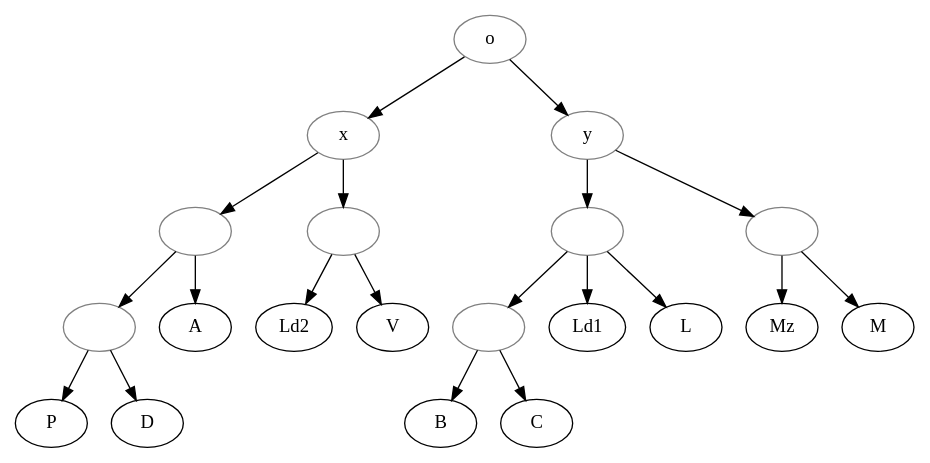
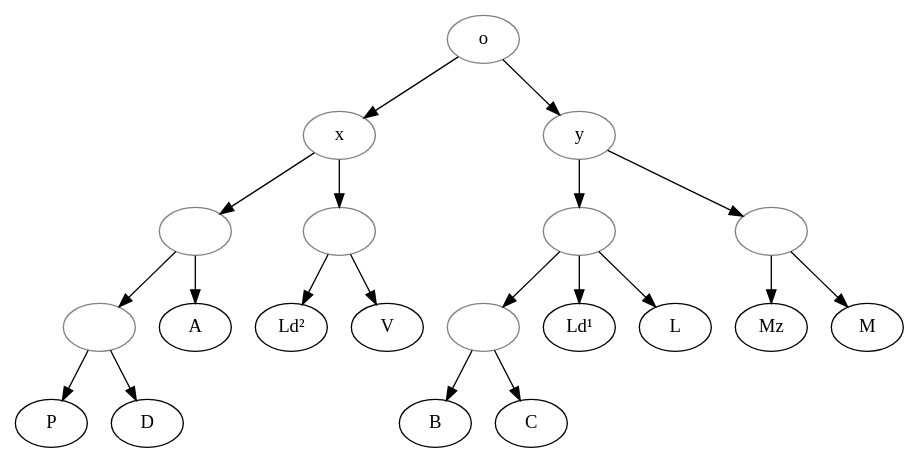
Before and after one commit to OpenStemmata/database: the diagram in data/fro/Korte_1914_RenMont1/stemma.gv, drawn with Graphviz. The commit also changed 11 other files, not shown here.

```diff
--- a/data/fro/Korte_1914_RenMont1/stemma.gv
+++ b/data/fro/Korte_1914_RenMont1/stemma.gv
@@ -1,32 +1,34 @@
 digraph {
 
     o[color="grey"];
     x[color="grey"];
     y[color="grey"];
     1[color="grey", label=""];
     2[color="grey", label=""];
     3[color="grey", label=""];
     4[color="grey", label=""];
     5[color="grey", label=""];
     6[color="grey", label=""];
+    Ld1[label="Ld¹"]
+    Ld2[label="Ld²"]
 
     o->y;
     y->1;
     1->2;
     2->B;
     2->C;
     1->Ld1;
     1->L;
     y->3;
     3->Mz;
     3->M;
     o->x;
     x->4;
     4->5;
     5->P;
     5->D;
     4->A;
     x->6;
     6->Ld2;
     6->V;
 }
```
